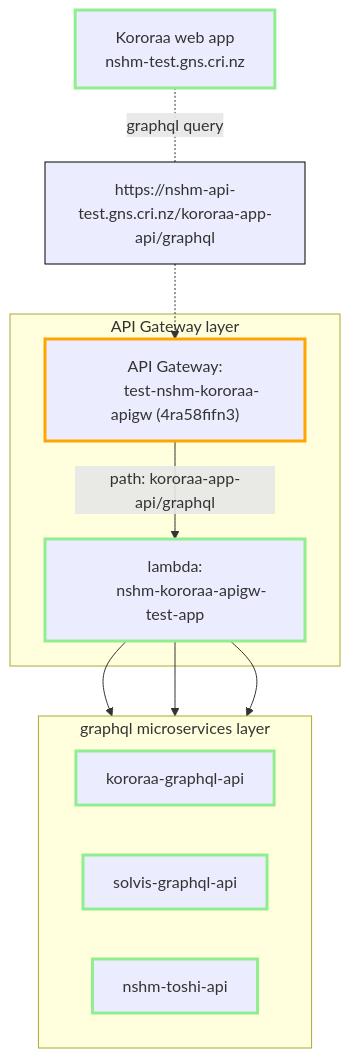
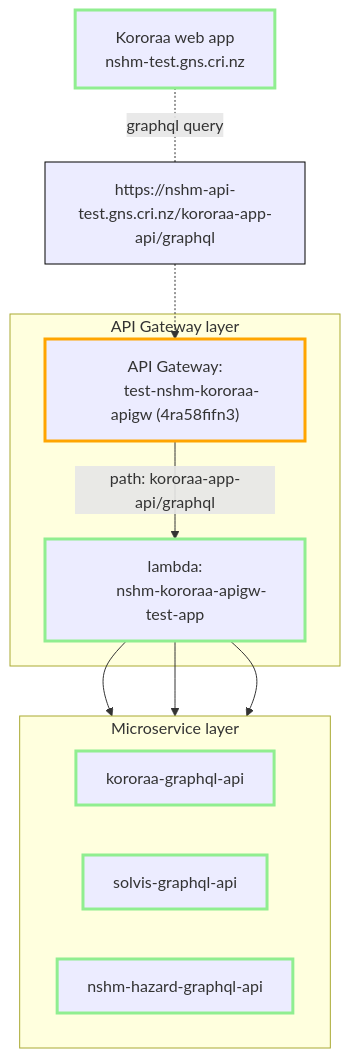
One commit to GNS-Science/nzshm-documentation changed the diagram in docs/architecture/api_gateway_pattern.md. Above: the diagram before and after it, drawn with Mermaid. The commit also changed other lines of this file and 33 other files, not shown here.

````diff
--- a/docs/architecture/api_gateway_pattern.md
+++ b/docs/architecture/api_gateway_pattern.md
@@ -4,30 +10,30 @@
 ```mermaid
 graph TD
     classDef nshm stroke:lightgreen, stroke-width:3px
     classDef AWS stroke:orange, stroke-width:3px
     classDef SVC stroke:powderblue, stroke-width:3px
     classDef note stroke:black, stroke-width:1px
     
     K["Kororaa web app
     nshm-test.gns.cri.nz"]:::nshm
     NB["https://nshm-api-test.gns.cri.nz/kororaa-app-api/graphql"]:::note 
     subgraph GW["API Gateway layer"]
         A["API Gateway:
         test-nshm-kororaa-apigw (4ra58fifn3)"]:::AWS
         F["lambda:
         nshm-kororaa-apigw-test-app"]:::nshm
     end
 
-    subgraph SUP["graphql microservices layer"]
+    subgraph SUP["Microservice layer"]
         direction LR
 
         K-API[kororaa-graphql-api]:::nshm
         S-API[solvis-graphql-api]:::nshm
-        T-API[nshm-toshi-api]:::nshm               
+        T-API[nshm-hazard-graphql-api]:::nshm               
     end
     K -.-|graphql query| NB -.-> A -->|path: kororaa-app-api/graphql| F 
     F --> S-API
     F --> K-API
     F --> T-API 
 
 ```
````
